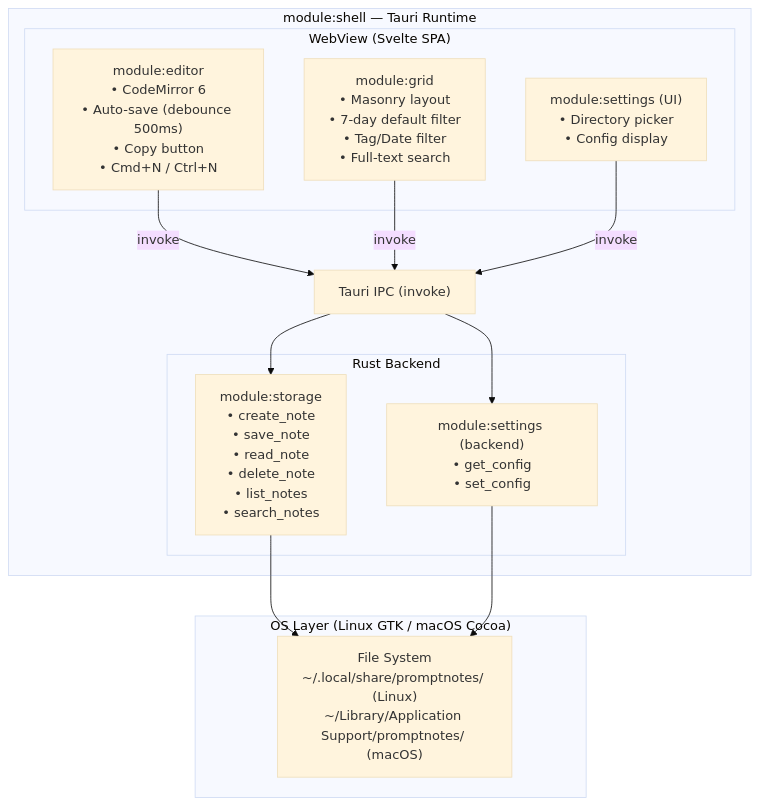
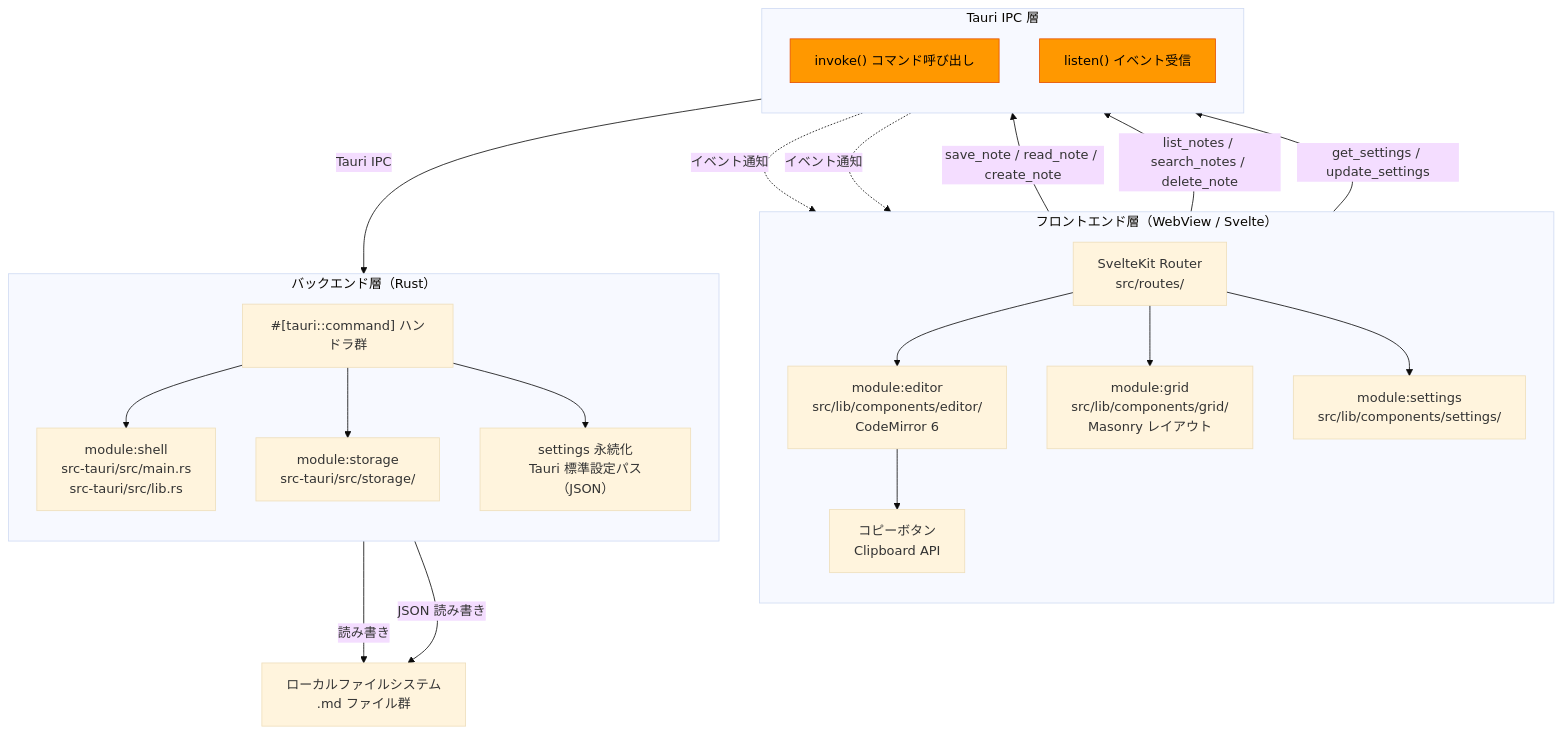
The first of 4 diagrams in docs/detailed_design/component_architecture.md (dev-komenzar/prompt-notes), drawn with Mermaid (base theme) before and after one commit. The commit also changed other lines of this file and 3 other files, not shown here.

````diff
--- a/docs/detailed_design/component_architecture.md
+++ b/docs/detailed_design/component_architecture.md
@@ -55,29 +54,49 @@
 ```mermaid
 graph TB
-    subgraph OS["OS Layer (Linux GTK / macOS Cocoa)"]
-        FS["File System<br/>~/.local/share/promptnotes/ (Linux)<br/>~/Library/Application Support/promptnotes/ (macOS)"]
+    subgraph "フロントエンド層（WebView / Svelte）"
+        direction TB
+        Router["SvelteKit Router<br/>src/routes/"]
+        Editor["module:editor<br/>src/lib/components/editor/<br/>CodeMirror 6"]
+        Grid["module:grid<br/>src/lib/components/grid/<br/>Masonry レイアウト"]
+        Settings["module:settings<br/>src/lib/components/settings/"]
+        CopyBtn["コピーボタン<br/>Clipboard API"]
     end
 
-    subgraph TauriShell["module:shell — Tauri Runtime"]
-        subgraph RustBackend["Rust Backend"]
-            Storage["module:storage<br/>• create_note<br/>• save_note<br/>• read_note<br/>• delete_note<br/>• list_notes<br/>• search_notes"]
-            Settings["module:settings (backend)<br/>• get_config<br/>• set_config"]
-        end
-
-        subgraph WebView["WebView (Svelte SPA)"]
-            Editor["module:editor<br/>• CodeMirror 6<br/>• Auto-save (debounce 500ms)<br/>• Copy button<br/>• Cmd+N / Ctrl+N"]
-            Grid["module:grid<br/>• Masonry layout<br/>• 7-day default filter<br/>• Tag/Date filter<br/>• Full-text search"]
-            SettingsUI["module:settings (UI)<br/>• Directory picker<br/>• Config display"]
-        end
-
-        IPC["Tauri IPC (invoke)"]
+    subgraph "Tauri IPC 層"
+        direction TB
+        Invoke["invoke() コマンド呼び出し"]
+        Listen["listen() イベント受信"]
     end
 
-    Editor -->|invoke| IPC
-    Grid -->|invoke| IPC
-    SettingsUI -->|invoke| IPC
-    IPC --> Storage
-    IPC --> Settings
-    Storage --> FS
-    Settings --> FS
+    subgraph "バックエンド層（Rust）"
+        direction TB
+        Shell["module:shell<br/>src-tauri/src/main.rs<br/>src-tauri/src/lib.rs"]
+        StorageMod["module:storage<br/>src-tauri/src/storage/"]
+        SettingsMod["settings 永続化<br/>Tauri 標準設定パス（JSON）"]
+        Commands["#[tauri::command] ハンドラ群"]
+    end
+
+    FS["ローカルファイルシステム<br/>.md ファイル群"]
+
+    Router --> Editor
+    Router --> Grid
+    Router --> Settings
+    Editor --> CopyBtn
+
+    Editor -->|"save_note / read_note / create_note"| Invoke
+    Grid -->|"list_notes / search_notes / delete_note"| Invoke
+    Settings -->|"get_settings / update_settings"| Invoke
+
+    Invoke -->|"Tauri IPC"| Commands
+    Commands --> Shell
+    Commands --> StorageMod
+    Commands --> SettingsMod
+    Listen -.->|"イベント通知"| Editor
+    Listen -.->|"イベント通知"| Grid
+
+    StorageMod -->|"読み書き"| FS
+    SettingsMod -->|"JSON 読み書き"| FS
+
+    style Invoke fill:#ff9800,stroke:#e65100,color:#000
+    style Listen fill:#ff9800,stroke:#e65100,color:#000
 ```
````
